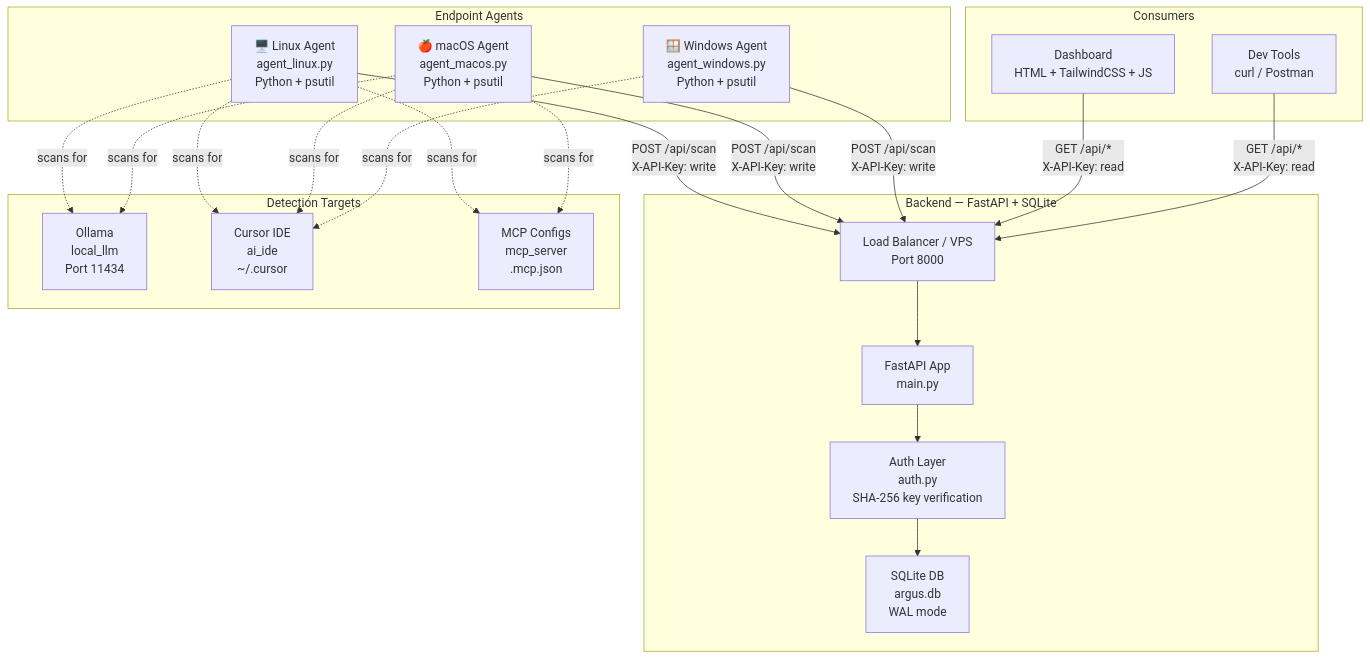
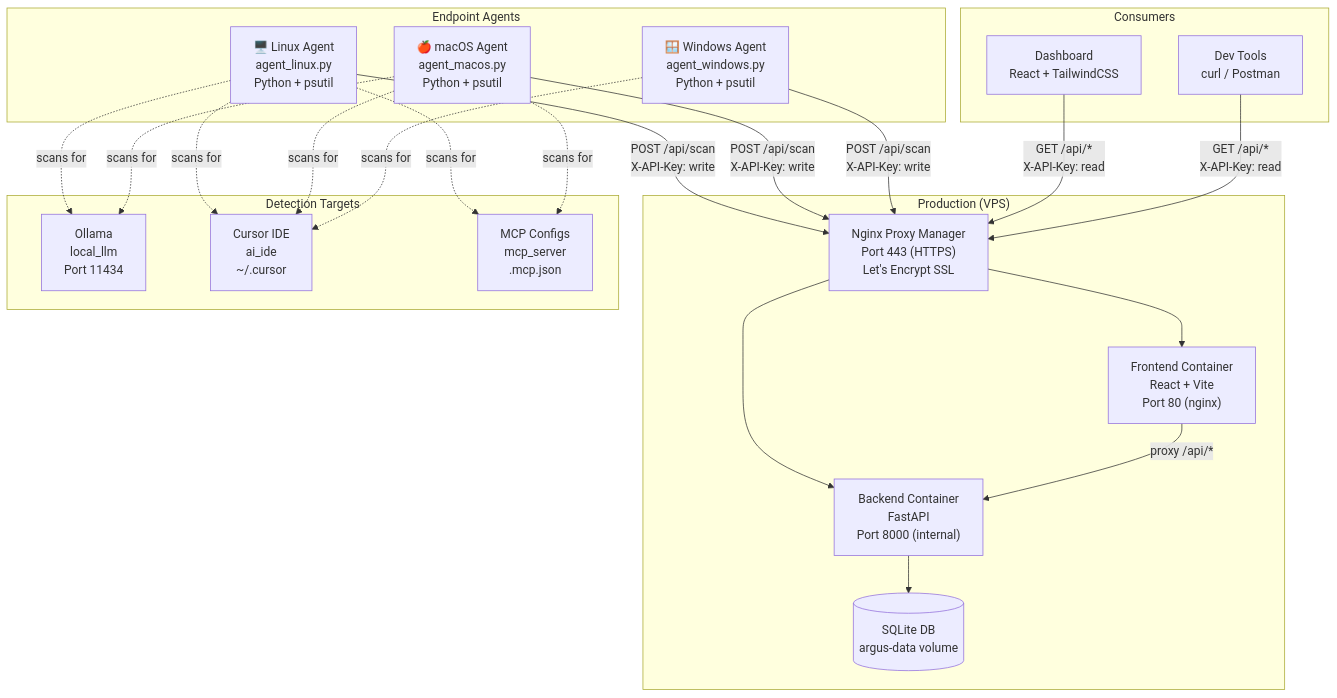
The first of 9 diagrams in docs/architecture.md (vibecode-team7/ARGUS), drawn with Mermaid before and after one commit. The commit also changed other lines of this file and 8 other files, not shown here.

````diff
--- a/docs/architecture.md
+++ b/docs/architecture.md
@@ -11,45 +11,46 @@
 ```mermaid
 graph TB
     subgraph "Endpoint Agents"
-        LA[🖥️ Linux Agent<br>agent_linux.py<br>Python + psutil]
-        MA[🍎 macOS Agent<br>agent_macos.py<br>Python + psutil]
-        WA[🪟 Windows Agent<br>agent_windows.py<br>Python + psutil]
+        LA["🖥️ Linux Agent<br>agent_linux.py<br>Python + psutil"]
+        MA["🍎 macOS Agent<br>agent_macos.py<br>Python + psutil"]
+        WA["🪟 Windows Agent<br>agent_windows.py<br>Python + psutil"]
     end
 
-    subgraph "Backend — FastAPI + SQLite"
-        LB[Load Balancer / VPS<br>Port 8000]
-        API[FastAPI App<br>main.py]
-        AUTH[Auth Layer<br>auth.py<br>SHA-256 key verification]
-        DB[SQLite DB<br>argus.db<br>WAL mode]
+    subgraph "Production (VPS)"
+        NPM["Nginx Proxy Manager<br>Port 443 (HTTPS)<br>Let's Encrypt SSL"]
+        FE["Frontend Container<br>React + Vite<br>Port 80 (nginx)"]
+        BE["Backend Container<br>FastAPI<br>Port 8000 (internal)"]
+        DB[("SQLite DB<br>argus-data volume")]
     end
 
     subgraph "Detection Targets"
-        OLLAMA[Ollama<br>local_llm<br>Port 11434]
-        CURSOR[Cursor IDE<br>ai_ide<br>~/.cursor]
-        MCP[MCP Configs<br>mcp_server<br>.mcp.json]
+        OLLAMA["Ollama<br>local_llm<br>Port 11434"]
+        CURSOR["Cursor IDE<br>ai_ide<br>~/.cursor"]
+        MCP["MCP Configs<br>mcp_server<br>.mcp.json"]
     end
 
     subgraph "Consumers"
-        DASH[Dashboard<br>HTML + TailwindCSS + JS]
-        CURL[Dev Tools<br>curl / Postman]
+        DASH["Dashboard<br>React + TailwindCSS"]
+        CURL["Dev Tools<br>curl / Postman"]
     end
 
-    LA -->|"POST /api/scan<br>X-API-Key: write"| LB
-    MA -->|"POST /api/scan<br>X-API-Key: write"| LB
-    WA -->|"POST /api/scan<br>X-API-Key: write"| LB
+    LA -->|"POST /api/scan<br>X-API-Key: write"| NPM
+    MA -->|"POST /api/scan<br>X-API-Key: write"| NPM
+    WA -->|"POST /api/scan<br>X-API-Key: write"| NPM
 
-    LB --> API
-    API --> AUTH
-    AUTH --> DB
+    NPM --> FE
+    NPM --> BE
+    FE -->|"proxy /api/*"| BE
+    BE --> DB
 
-    DASH -->|"GET /api/*<br>X-API-Key: read"| LB
-    CURL -->|"GET /api/*<br>X-API-Key: read"| LB
+    DASH -->|"GET /api/*<br>X-API-Key: read"| NPM
+    CURL -->|"GET /api/*<br>X-API-Key: read"| NPM
 
     LA -.->|scans for| OLLAMA
     LA -.->|scans for| CURSOR
     LA -.->|scans for| MCP
     MA -.->|scans for| OLLAMA
     MA -.->|scans for| CURSOR
     MA -.->|scans for| MCP
     WA -.->|scans for| CURSOR
 ```
````
